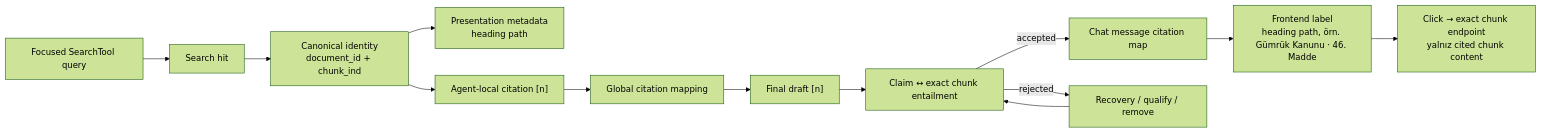
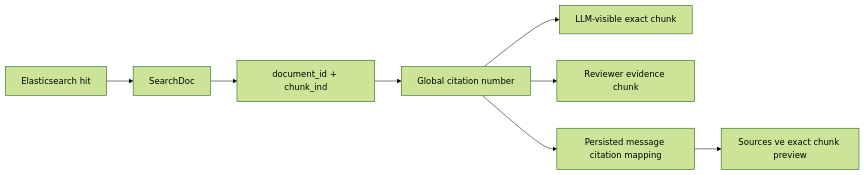
One commit to atezsoftware/customs-regulations-chatbot changed the third of 3 diagrams in docs/deep-research-workflow.md. Above: the diagram before and after it, drawn with Mermaid (forest theme). The commit also changed other lines of this file, not shown here.

Commit message:
docs: document regulatory chat workflow

````diff
--- a/docs/deep-research-workflow.md
+++ b/docs/deep-research-workflow.md
@@ -536,15 +569,10 @@
 ```mermaid
 flowchart LR
-    Q["Focused SearchTool query"] --> HIT["Search hit"]
-    HIT --> ID["Canonical identity<br/>document_id + chunk_ind"]
-    ID --> META["Presentation metadata<br/>heading path"]
-    ID --> LOCAL["Agent-local citation [n]"]
-    LOCAL --> GLOBAL["Global citation mapping"]
-    GLOBAL --> DRAFT["Final draft [n]"]
-    DRAFT --> REVIEW["Claim ↔ exact chunk entailment"]
-    REVIEW -->|accepted| SAVE["Chat message citation map"]
-    REVIEW -->|rejected| FIX["Recovery / qualify / remove"]
-    FIX --> REVIEW
-    SAVE --> LABEL["Frontend label<br/>heading path, örn. Gümrük Kanunu · 46. Madde"]
-    LABEL --> PREVIEW["Click → exact chunk endpoint<br/>yalnız cited chunk content"]
+    ES["Elasticsearch hit"] --> DOC["SearchDoc"]
+    DOC --> ID["document_id + chunk_ind"]
+    ID --> NUM["Global citation number"]
+    NUM --> PROMPT["LLM-visible exact chunk"]
+    NUM --> REVIEW["Reviewer evidence chunk"]
+    NUM --> MSG["Persisted message citation mapping"]
+    MSG --> UI["Sources ve exact chunk preview"]
 ```
````
